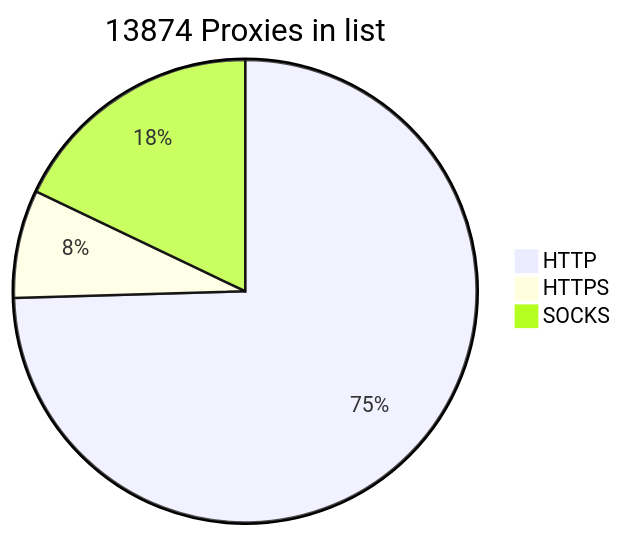
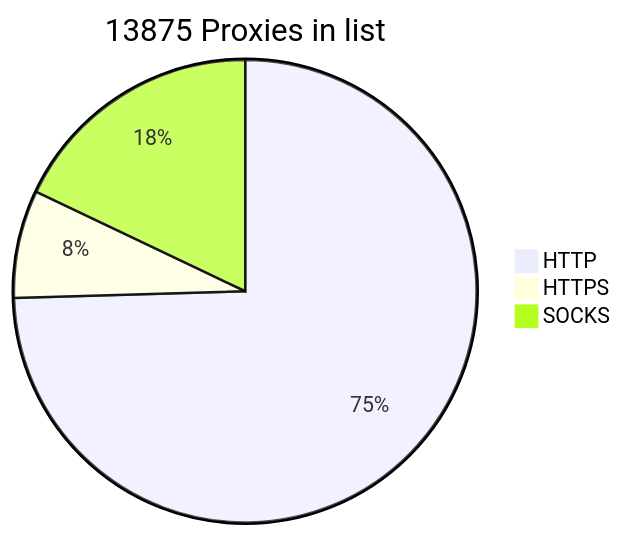
The diagram in README.md (BlackSnowDot/proxylist-update-every-minute), drawn with Mermaid before and after one commit.

````diff
--- a/README.md
+++ b/README.md
@@ -2,6 +2,6 @@
 ```mermaid
-pie title 13874 Proxies in list
+pie title 13875 Proxies in list
     "HTTP" : 10536
     "HTTPS": 1066
-    "SOCKS" : 2533
+    "SOCKS" : 2534
 ```
````
